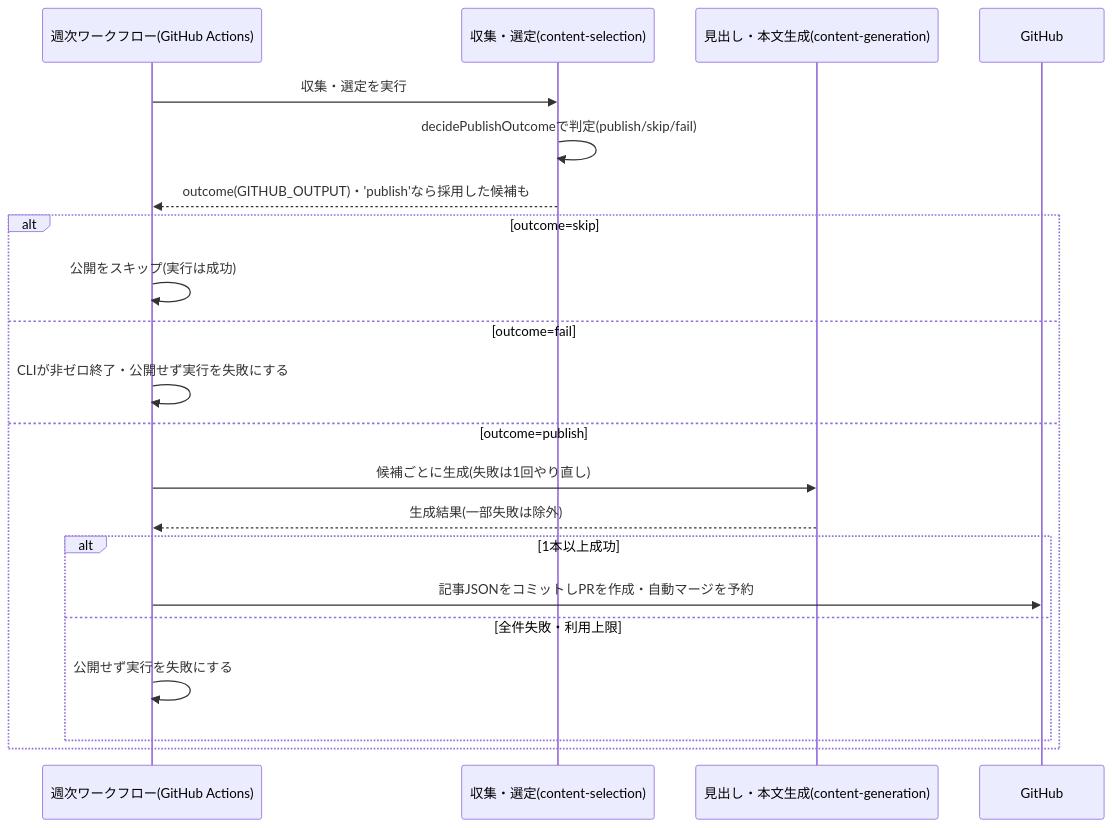
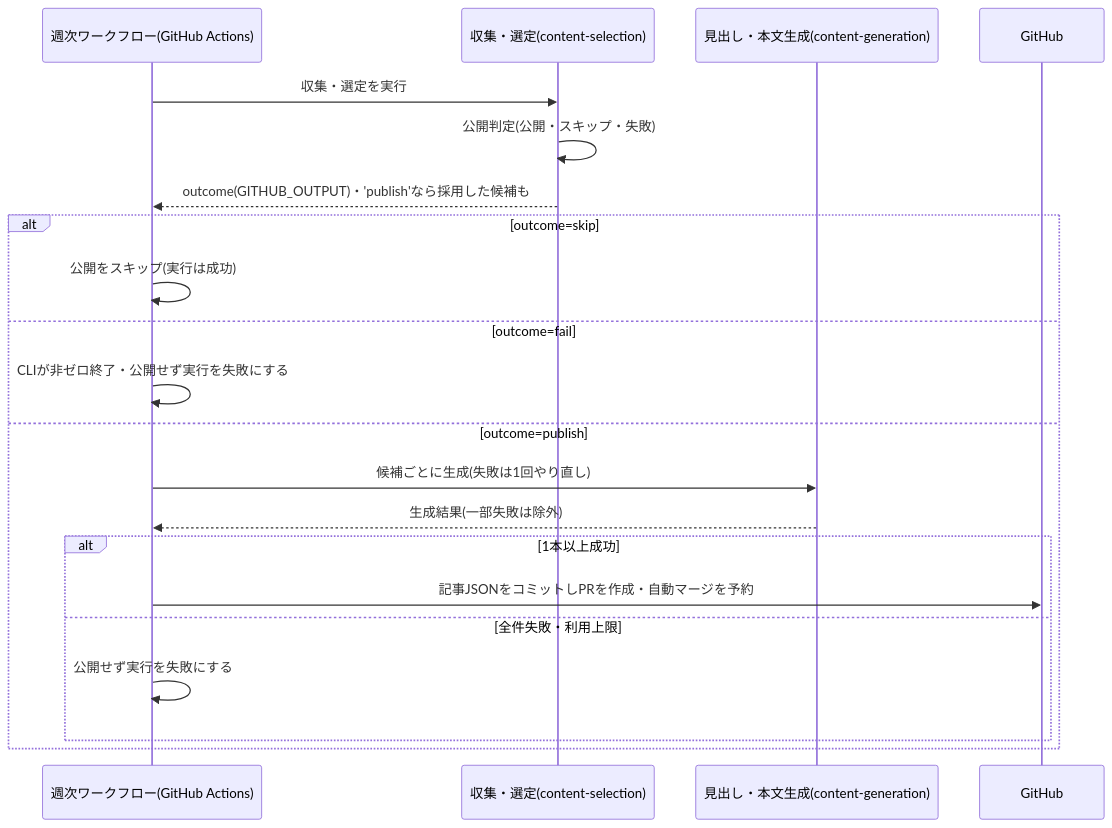
The diagram in specs/future-digest/weekly-publish/design.md (zakiyama0108/benriyatool), drawn with Mermaid before and after one commit. The commit also changed 9 other files, not shown here.

````diff
--- a/specs/future-digest/weekly-publish/design.md
+++ b/specs/future-digest/weekly-publish/design.md
@@ -32,24 +32,24 @@
 ```mermaid
 sequenceDiagram
     participant actions as 週次ワークフロー(GitHub Actions)
     participant select as 収集・選定(content-selection)
     participant gen as 見出し・本文生成(content-generation)
     participant gh as GitHub
 
     actions ->> select: 収集・選定を実行
-    select ->> select: decidePublishOutcomeで判定(publish/skip/fail)
+    select ->> select: 公開判定(公開・スキップ・失敗)
     select -->> actions: outcome(GITHUB_OUTPUT)・'publish'なら採用した候補も
     alt outcome=skip
         actions ->> actions: 公開をスキップ(実行は成功)
     else outcome=fail
         actions ->> actions: CLIが非ゼロ終了・公開せず実行を失敗にする
     else outcome=publish
         actions ->> gen: 候補ごとに生成(失敗は1回やり直し)
         gen -->> actions: 生成結果(一部失敗は除外)
         alt 1本以上成功
             actions ->> gh: 記事JSONをコミットしPRを作成・自動マージを予約
         else 全件失敗・利用上限
             actions ->> actions: 公開せず実行を失敗にする
         end
     end
 ```
````
